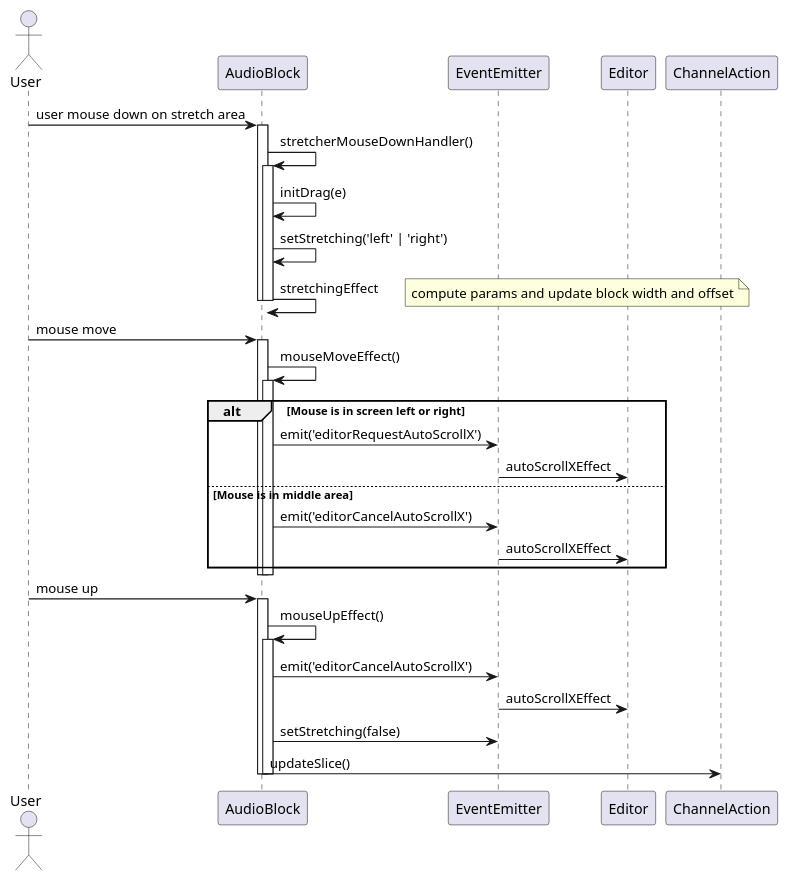
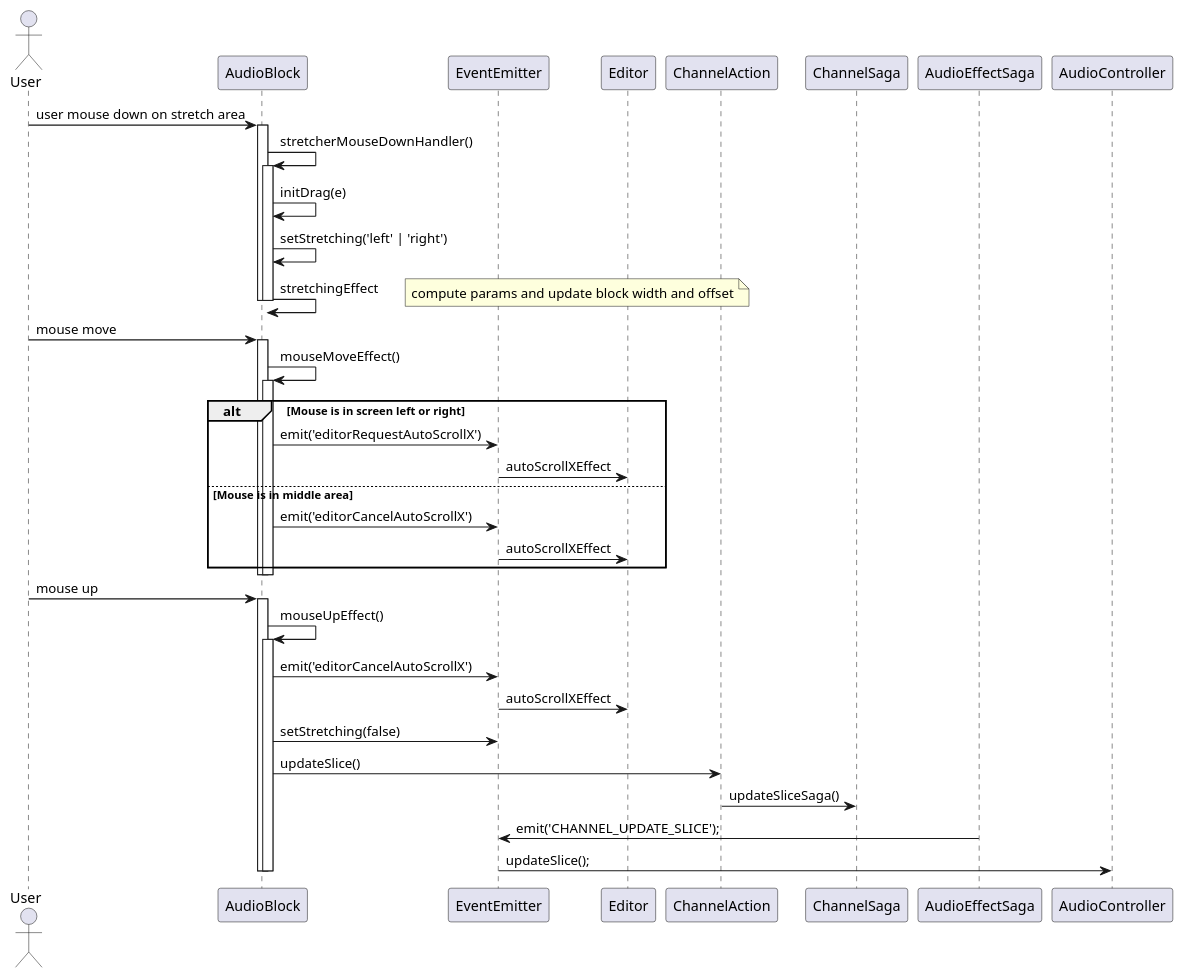
The diagram in sequence_diagram/modify_slice_start_end.puml (austudio-team/austudio-uml-graph), drawn with PlantUML before and after one commit. The commit also changed 41 other files, not shown here.

Commit message:
feat: redesign seq diagram

```diff
--- a/sequence_diagram/modify_slice_start_end.puml
+++ b/sequence_diagram/modify_slice_start_end.puml
@@ -1,40 +1,43 @@
 @startuml
 actor User
 
 User -> AudioBlock: user mouse down on stretch area
 activate AudioBlock
 AudioBlock -> AudioBlock: stretcherMouseDownHandler()
 activate AudioBlock
 AudioBlock -> AudioBlock: initDrag(e)
 AudioBlock -> AudioBlock: setStretching('left' | 'right')
 AudioBlock -> AudioBlock: stretchingEffect
 note right: compute params and update block width and offset
 deactivate AudioBlock
 deactivate AudioBlock
 
 User -> AudioBlock: mouse move
 activate AudioBlock
 AudioBlock -> AudioBlock: mouseMoveEffect()
 activate AudioBlock
 alt Mouse is in screen left or right
   AudioBlock -> EventEmitter: emit('editorRequestAutoScrollX')
   EventEmitter -> Editor: autoScrollXEffect
 else Mouse is in middle area
   AudioBlock -> EventEmitter: emit('editorCancelAutoScrollX')
   EventEmitter -> Editor: autoScrollXEffect
 end
 deactivate AudioBlock
 deactivate AudioBlock
 
 User -> AudioBlock: mouse up
 activate AudioBlock
 AudioBlock -> AudioBlock: mouseUpEffect()
 activate AudioBlock
   AudioBlock -> EventEmitter: emit('editorCancelAutoScrollX')
   EventEmitter -> Editor: autoScrollXEffect
   AudioBlock -> EventEmitter: setStretching(false)
   AudioBlock -> ChannelAction: updateSlice()
+  ChannelAction -> ChannelSaga: updateSliceSaga()
+  AudioEffectSaga -> EventEmitter: emit('CHANNEL_UPDATE_SLICE');
+  EventEmitter -> AudioController: updateSlice();
 deactivate AudioBlock
 deactivate AudioBlock
 
 @enduml
```
